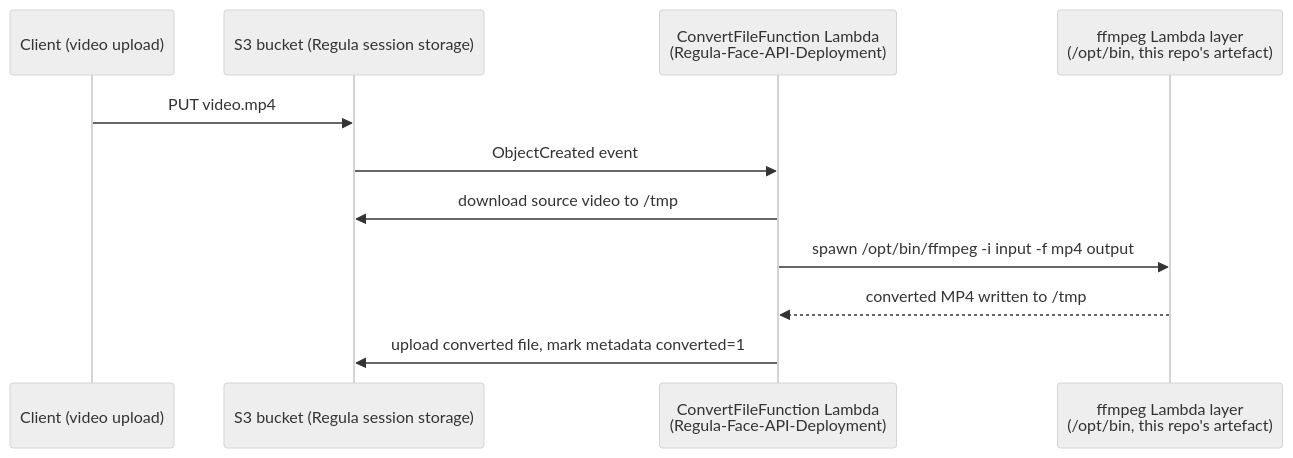
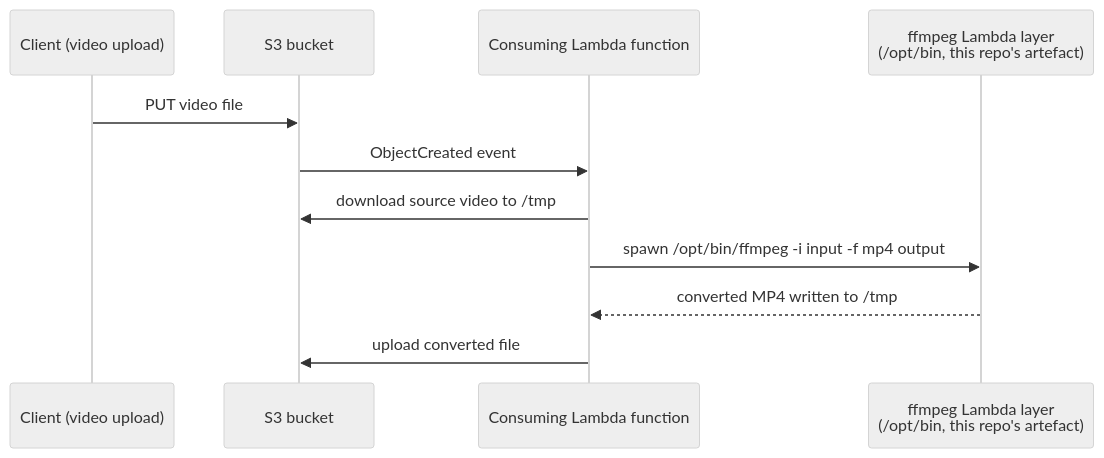
Before and after one commit to Greengate-Fintech/ffmpeg-aws-lambda-layer: the second of 2 diagrams in docs/architecture.md, drawn with Mermaid (neutral theme). The commit also changed other lines of this file and 9 other files, not shown here.

````diff
--- a/docs/architecture.md
+++ b/docs/architecture.md
@@ -78,14 +83,14 @@
 ```mermaid
 sequenceDiagram
     participant Upload as Client (video upload)
-    participant S3 as S3 bucket (Regula session storage)
-    participant Fn as ConvertFileFunction Lambda<br/>(Regula-Face-API-Deployment)
+    participant S3 as S3 bucket
+    participant Fn as Consuming Lambda function
     participant Layer as ffmpeg Lambda layer<br/>(/opt/bin, this repo's artefact)
 
-    Upload->>S3: PUT video.mp4
+    Upload->>S3: PUT video file
     S3->>Fn: ObjectCreated event
     Fn->>S3: download source video to /tmp
     Fn->>Layer: spawn /opt/bin/ffmpeg -i input -f mp4 output
     Layer-->>Fn: converted MP4 written to /tmp
-    Fn->>S3: upload converted file, mark metadata converted=1
+    Fn->>S3: upload converted file
 ```
````
